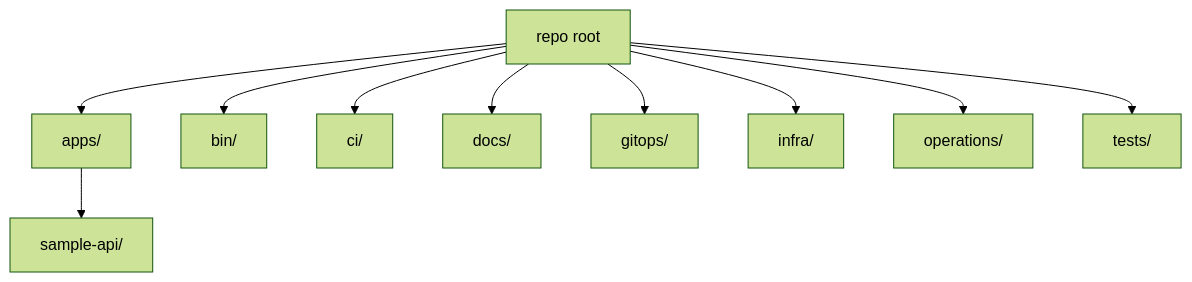
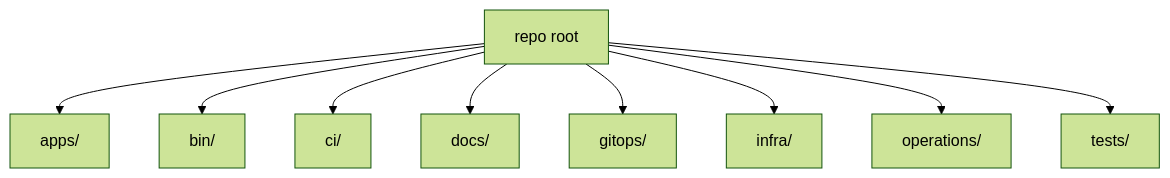
The third of 6 diagrams in docs/architecture.md (nghiabka/rancher-platform-template), drawn with Mermaid (forest theme) before and after one commit. The commit also changed other lines of this file and 1 other file, not shown here.

Commit message:
docs: expand platform tutorial and architecture

````diff
--- a/docs/architecture.md
+++ b/docs/architecture.md
@@ -52,13 +119,12 @@
 ```mermaid
 flowchart TB
   Root["repo root"]
   Root --> Apps["apps/"]
-  Apps --> SampleAPI["sample-api/"]
   Root --> Bin["bin/"]
   Root --> CI["ci/"]
   Root --> Docs["docs/"]
   Root --> GitOps["gitops/"]
   Root --> Infra["infra/"]
   Root --> Operations["operations/"]
   Root --> Tests["tests/"]
 ```
````
